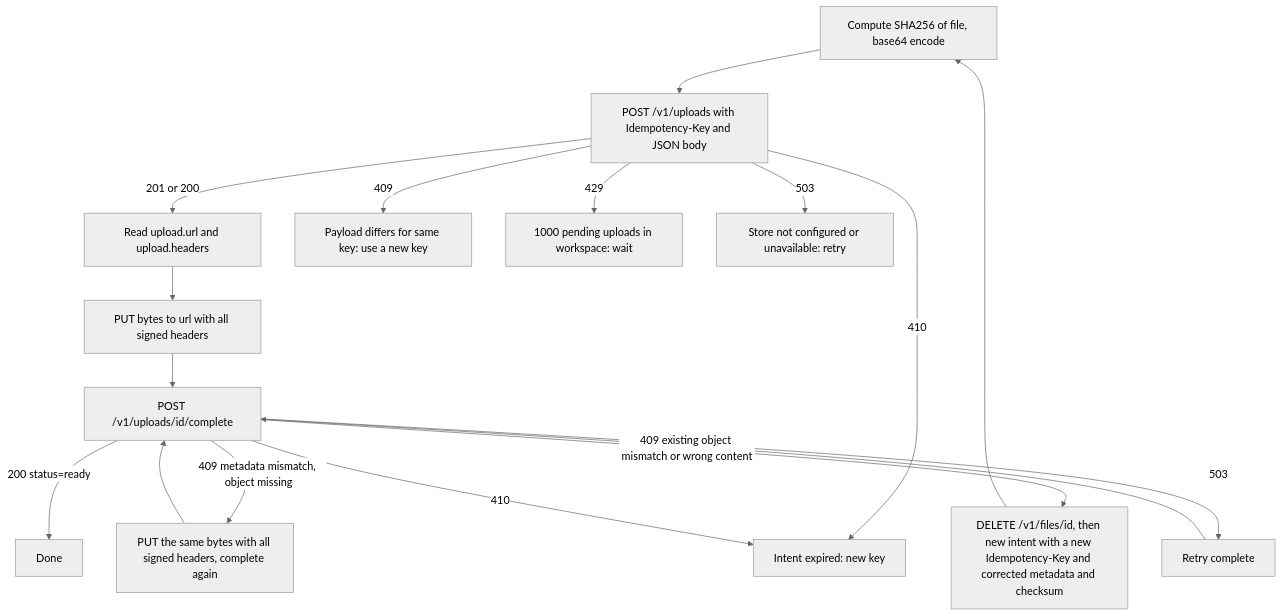
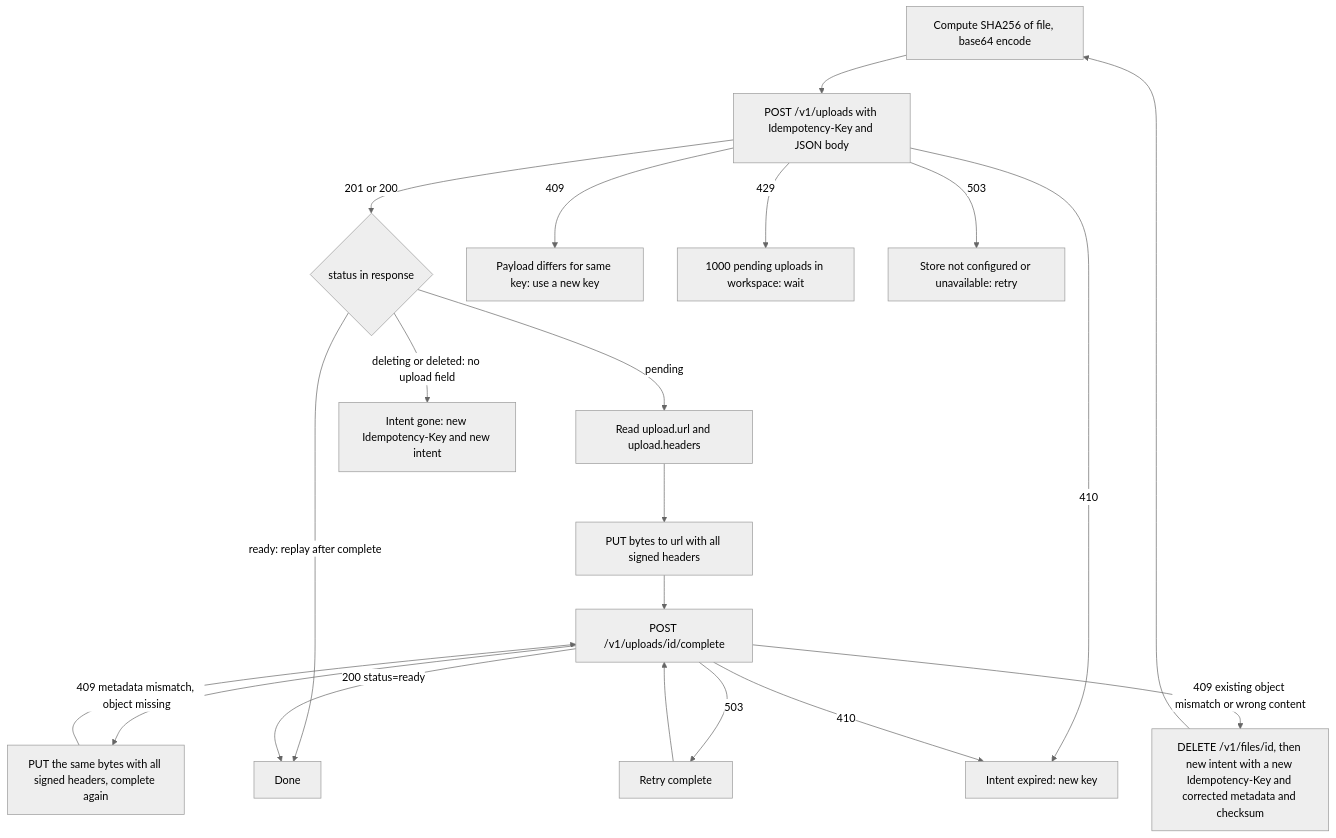
Before and after one commit to bookchaowalit-backend/platform-media: the first of 4 diagrams in docs/diagrams/03-user-flows.md, drawn with Mermaid (neutral theme).

Commit message:
docs: branch media upload replays on intent status
A 200 replay signs an upload only for pending intents; ready and
deleted replays carry no upload field.

````diff
--- a/docs/diagrams/03-user-flows.md
+++ b/docs/diagrams/03-user-flows.md
@@ -7,19 +7,22 @@
 ```mermaid
 flowchart TD
   A1["Compute SHA256 of file, base64 encode"] --> A2["POST /v1/uploads with Idempotency-Key and JSON body"]
-  A2 -->|"201 or 200"| A3["Read upload.url and upload.headers"]
+  A2 -->|"201 or 200"| AS{"status in response"}
+  AS -->|"pending"| A3["Read upload.url and upload.headers"]
+  AS -->|"ready: replay after complete"| A6
+  AS -->|"deleting or deleted: no upload field"| AX5["Intent gone: new Idempotency-Key and new intent"]
   A2 -->|"409"| AX1["Payload differs for same key: use a new key"]
   A2 -->|"410"| AX2["Intent expired: new key"]
   A2 -->|"429"| AX3["1000 pending uploads in workspace: wait"]
   A2 -->|"503"| AX4["Store not configured or unavailable: retry"]
   A3 --> A4["PUT bytes to url with all signed headers"]
   A4 --> A5["POST /v1/uploads/id/complete"]
   A5 -->|"200 status=ready"| A6["Done"]
   A5 -->|"409 metadata mismatch, object missing"| A7["PUT the same bytes with all signed headers, complete again"]
   A5 -->|"409 existing object mismatch or wrong content"| A9["DELETE /v1/files/id, then new intent with a new Idempotency-Key and corrected metadata and checksum"]
   A5 -->|"410"| AX2
   A5 -->|"503"| A8["Retry complete"]
   A7 --> A5
   A9 --> A1
   A8 --> A5
 ```
````
